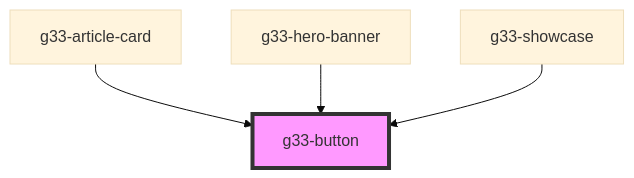
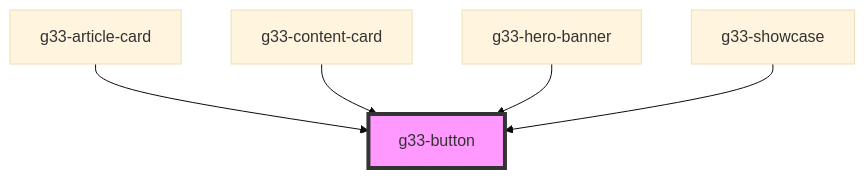
Before and after one commit to juliencap/g33-stencil-design-system: the diagram in src/components/g33-button/readme.md, drawn with Mermaid (base theme). The commit also changed other lines of this file and 65 other files, not shown here.

````diff
--- a/src/components/g33-button/readme.md
+++ b/src/components/g33-button/readme.md
@@ -26,7 +27,8 @@
 ```mermaid
 graph TD;
   g33-article-card --> g33-button
+  g33-content-card --> g33-button
   g33-hero-banner --> g33-button
   g33-showcase --> g33-button
   style g33-button fill:#f9f,stroke:#333,stroke-width:4px
 ```
````
